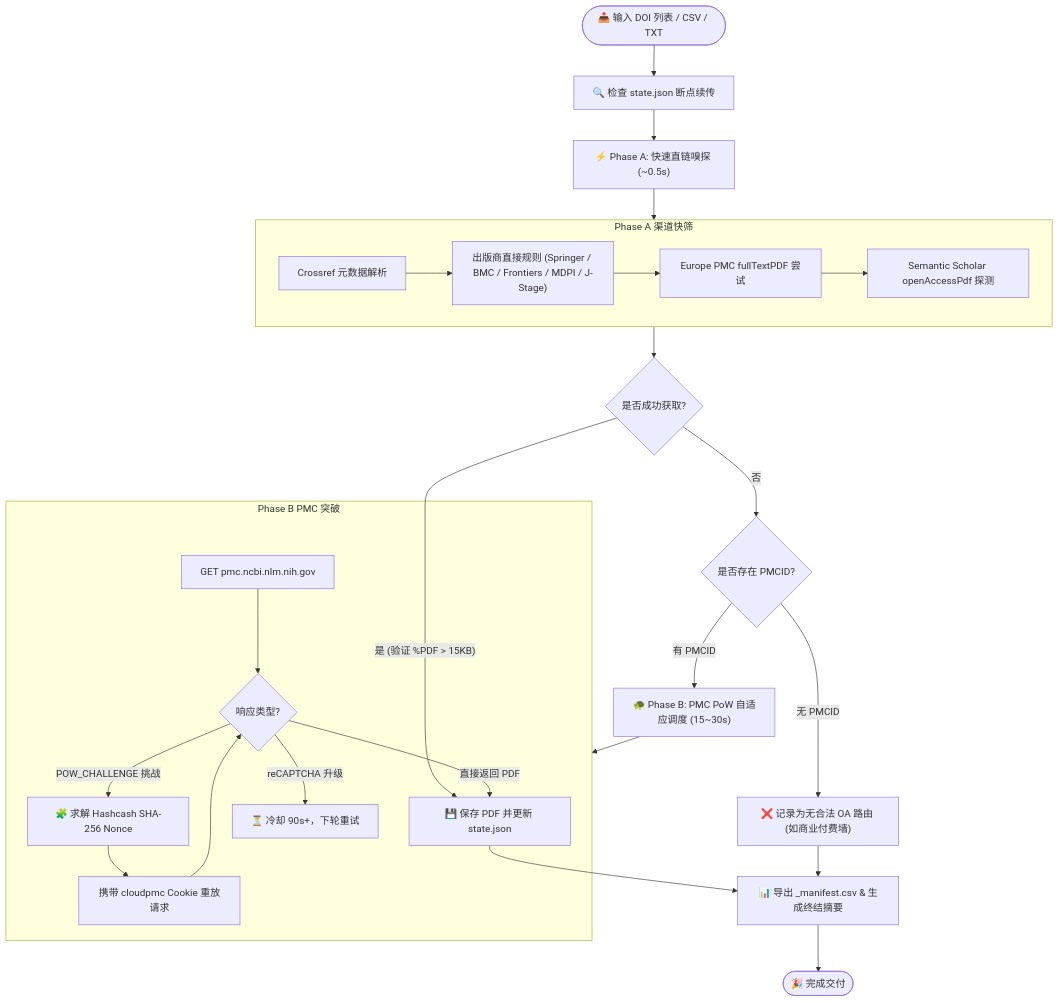
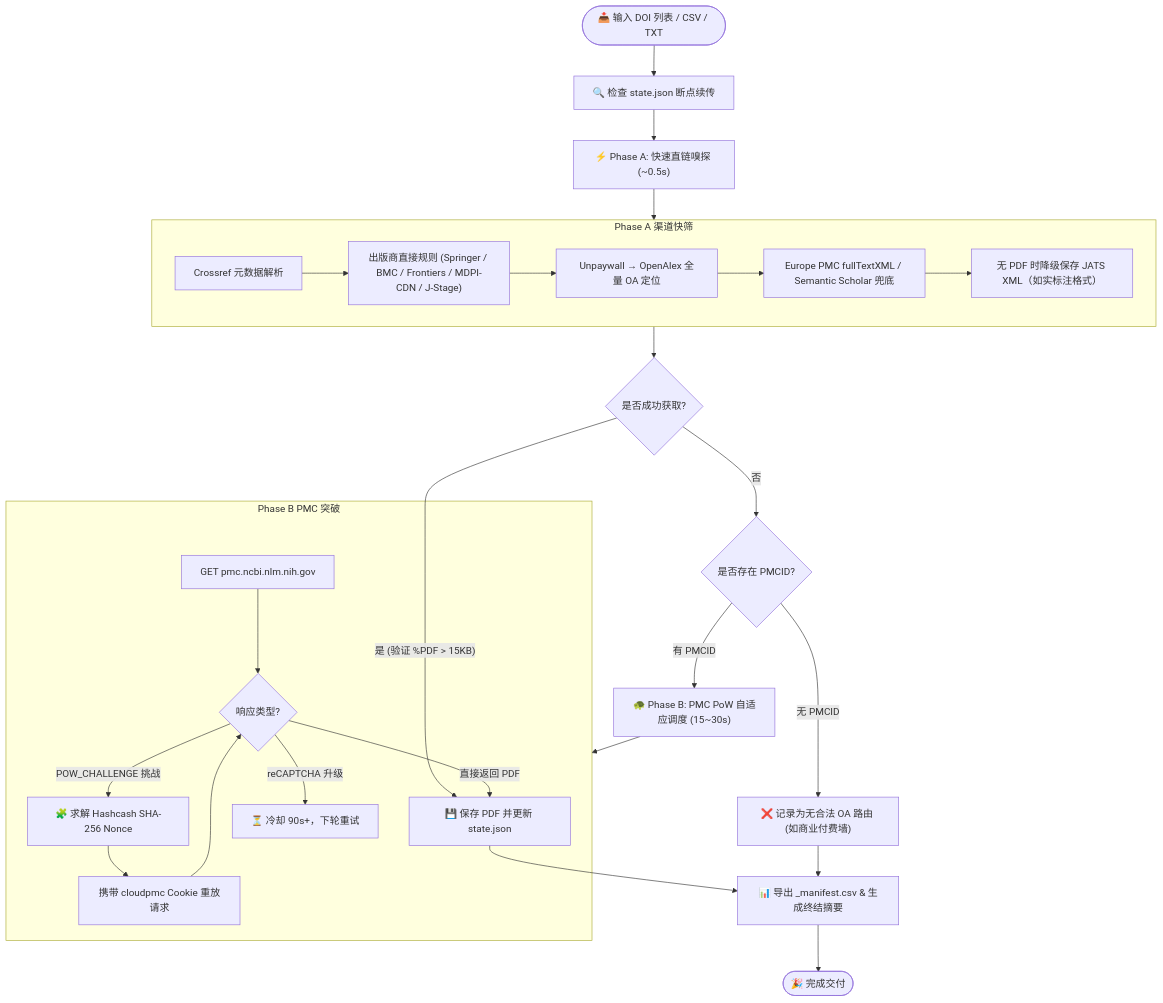
The diagram in README.md (JL666788/oa-pdf-download), drawn with Mermaid before and after one commit. The commit also changed other lines of this file and 4 other files, not shown here.

First line of the commit message:
fix(harvest): add MDPI CDN route, Unpaywall/OpenAlex resolver, restore --verbose

````diff
--- a/README.md
+++ b/README.md
@@ -57,33 +59,34 @@
 ```mermaid
 flowchart TD
     Start(["📥 输入 DOI 列表 / CSV / TXT"]) --> LoadState["🔍 检查 state.json 断点续传"]
     LoadState --> PhaseA["⚡ Phase A: 快速直链嗅探 (~0.5s)"]
     
     subgraph PhaseA_Detail ["Phase A 渠道快筛"]
-        PA1["Crossref 元数据解析"] --> PA2["出版商直接规则 (Springer / BMC / Frontiers / MDPI / J-Stage)"]
-        PA2 --> PA3["Europe PMC fullTextPDF 尝试"]
-        PA3 --> PA4["Semantic Scholar openAccessPdf 探测"]
+        PA1["Crossref 元数据解析"] --> PA2["出版商直接规则 (Springer / BMC / Frontiers / MDPI-CDN / J-Stage)"]
+        PA2 --> PA3["Unpaywall → OpenAlex 全量 OA 定位"]
+        PA3 --> PA4["Europe PMC fullTextXML / Semantic Scholar 兜底"]
+        PA4 --> PA5["无 PDF 时降级保存 JATS XML（如实标注格式）"]
     end
     PhaseA --> PhaseA_Detail
     PhaseA_Detail --> CheckA{"是否成功获取?"}
     
     CheckA -- "是 (验证 %PDF > 15KB)" --> SavePDF["💾 保存 PDF 并更新 state.json"]
     CheckA -- "否" --> CheckPMC{"是否存在 PMCID?"}
     
     CheckPMC -- "有 PMCID" --> PhaseB["🐢 Phase B: PMC PoW 自适应调度 (15~30s)"]
     CheckPMC -- "无 PMCID" --> FailList["❌ 记录为无合法 OA 路由 (如商业付费墙)"]
     
     subgraph PhaseB_Detail ["Phase B PMC 突破"]
         PB1["GET pmc.ncbi.nlm.nih.gov"] --> PB2{"响应类型?"}
         PB2 -- "直接返回 PDF" --> SavePDF
         PB2 -- "POW_CHALLENGE 挑战" --> PB3["🧩 求解 Hashcash SHA-256 Nonce"]
         PB3 --> PB4["携带 cloudpmc Cookie 重放请求"]
         PB4 --> PB2
         PB2 -- "reCAPTCHA 升级" --> PB5["⏳ 冷却 90s+，下轮重试"]
     end
     PhaseB --> PhaseB_Detail
     
     SavePDF --> Manifest["📊 导出 _manifest.csv & 生成终结摘要"]
     FailList --> Manifest
     Manifest --> End(["🎉 完成交付"])
 ```
````
